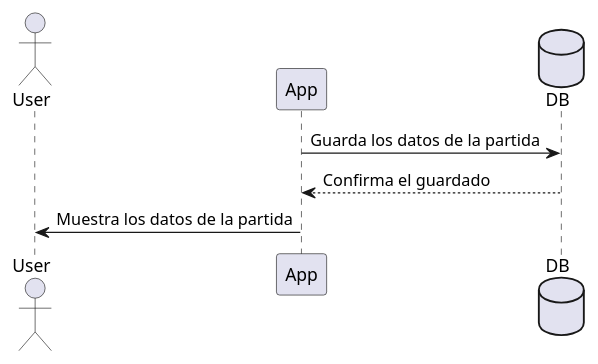
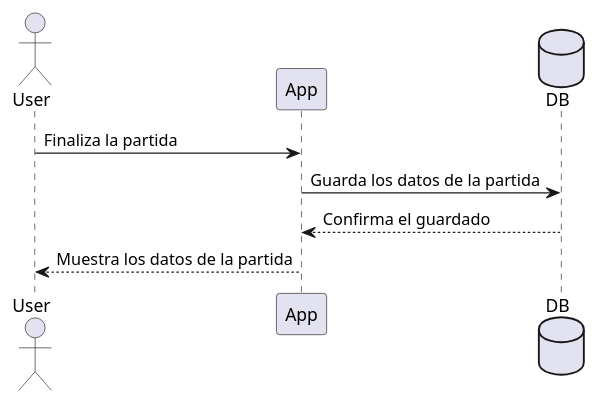
One commit to Arquisoft/wiq_es6b changed the fourth of 5 diagrams in docs/src/06_runtime_view.adoc. Above: the diagram before and after it, drawn with PlantUML. The commit also changed other lines of this file and 1 other file, not shown here.

```diff
--- a/docs/src/06_runtime_view.adoc
+++ b/docs/src/06_runtime_view.adoc
@@ -53,10 +65,11 @@
 [plantuml,"Sequence diagram",png]
 ----
 actor User
 participant App
 database DB
 
+User -> App: Finaliza la partida
 App -> DB: Guarda los datos de la partida
 App <-- DB: Confirma el guardado
-User <- App: Muestra los datos de la partida
+User <-- App: Muestra los datos de la partida
 ----
```
